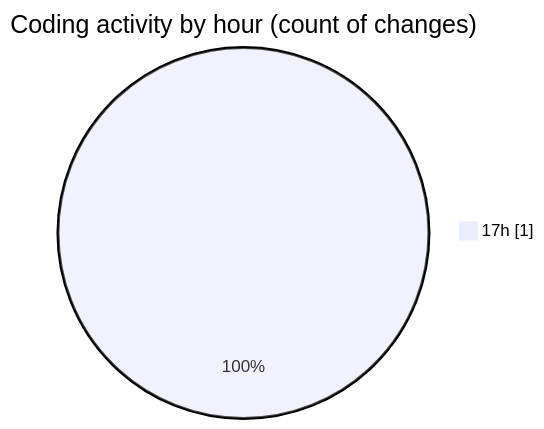
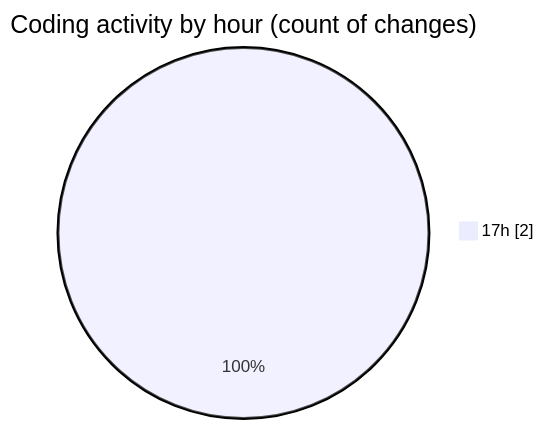
The second of 2 diagrams in 2025-10-13/skintrack/README.md (Netris89/code-tracking), drawn with Mermaid before and after one commit. The commit also changed other lines of this file and 1 other file, not shown here.

````diff
--- a/2025-10-13/skintrack/README.md
+++ b/2025-10-13/skintrack/README.md
@@ -28,5 +30,5 @@
 ```mermaid
 pie showData
 title Coding activity by hour (count of changes)
-"17h" : 1
+"17h" : 2
 ```
````
